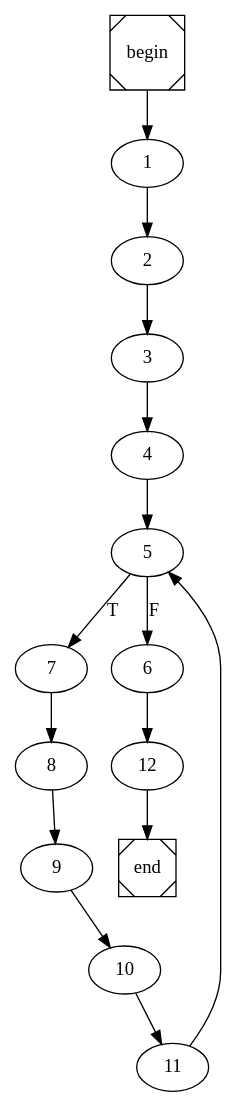
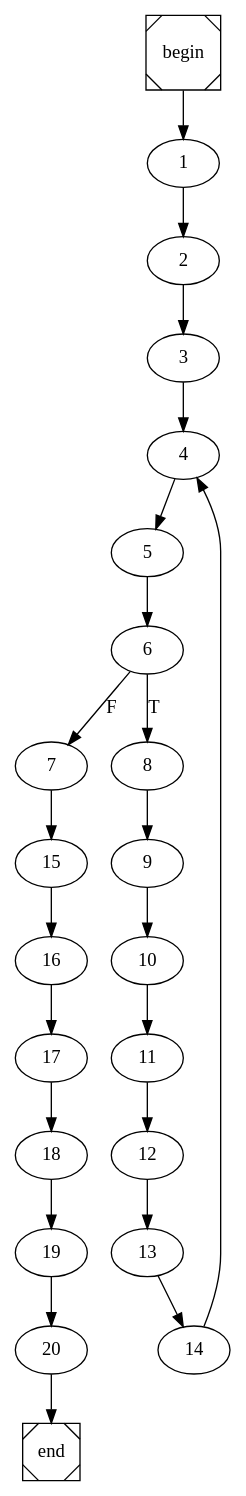
Before and after one commit to TiagooGomess/COMP2021-1B: the diagram in main.dot, drawn with Graphviz. The commit also changed 8 other files, not shown here.

```diff
--- a/main.dot
+++ b/main.dot
@@ -1,4 +1,4 @@
 digraph cfg {
 	begin [shape=Msquare];
 	end [shape=Msquare];
-	begin -> 1;	1 -> 2;	2 -> 3;	3 -> 4;	4 -> 5;	5 -> 7[label=T];	5 -> 6[label=F];	6 -> 12;	7 -> 8;	8 -> 9;	9 -> 10;	10 -> 11;	11 -> 5;	12 -> end;}
+	begin -> 1;	1 -> 2;	2 -> 3;	3 -> 4;	4 -> 5;	5 -> 6;	6 -> 8[label=T];	6 -> 7[label=F];	7 -> 15;	8 -> 9;	9 -> 10;	10 -> 11;	11 -> 12;	12 -> 13;	13 -> 14;	14 -> 4;	15 -> 16;	16 -> 17;	17 -> 18;	18 -> 19;	19 -> 20;	20 -> end;}
```
